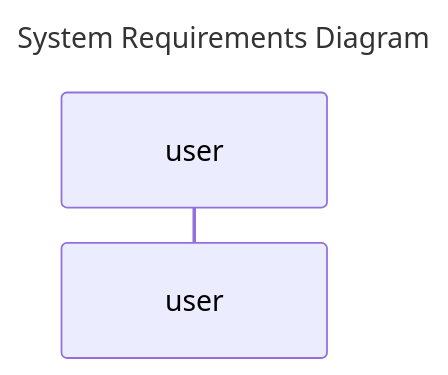
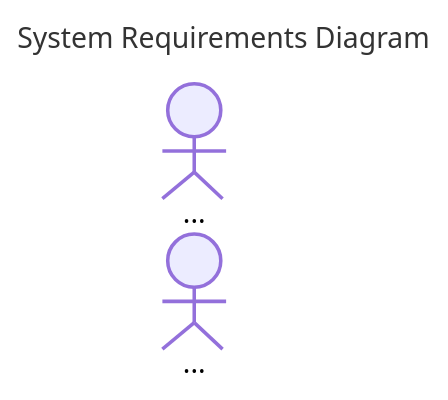
One commit to carolyncole/mermaid-wintersession changed the diagram in lesson1-actors/flow-diagram.md. Above: the diagram before and after it, drawn with Mermaid. The commit also changed other lines of this file and 10 other files, not shown here.

````diff
--- a/lesson1-actors/flow-diagram.md
+++ b/lesson1-actors/flow-diagram.md
@@ -9,9 +15,8 @@
 ```mermaid
 sequenceDiagram
 title  System Requirements Diagram
 accTitle: System Requirements Sequence Diagram
 accDescr: A sequence diagram that shows what interactions we are expecting the system to have
 
-participant user
-
+actor ... as ...
 ```
````
